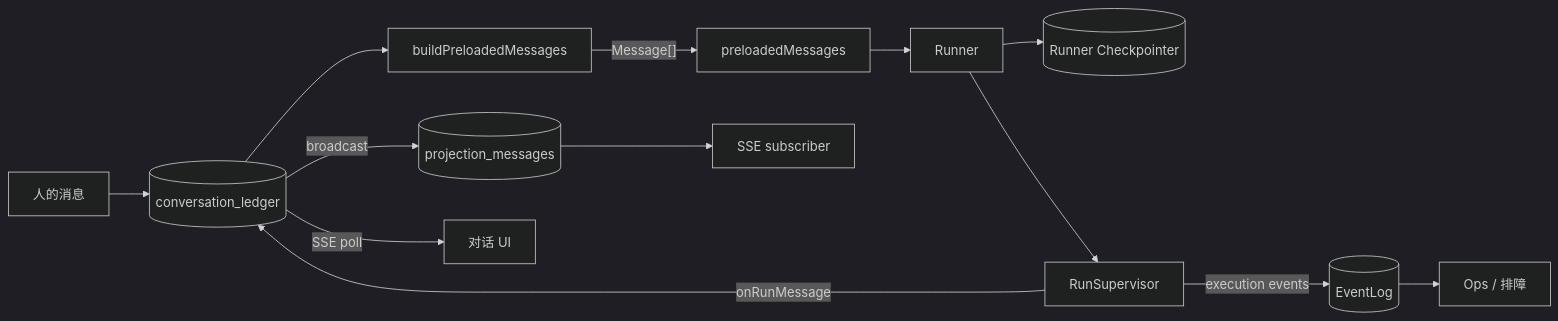
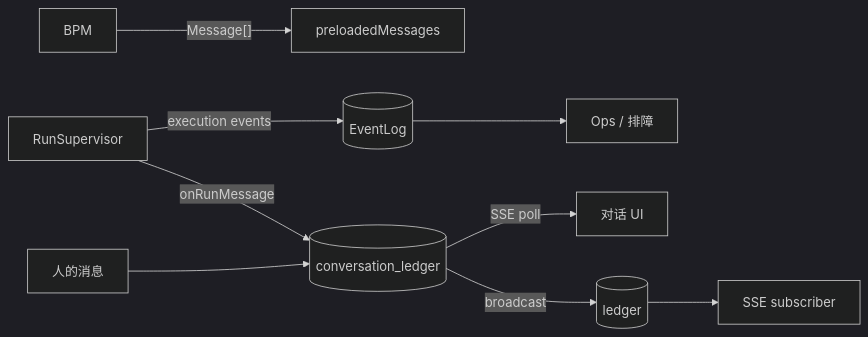
One commit to Chengchcc/my-agent-team changed the diagram in docs/architecture/foundations/facts-and-projections.md. Above: the diagram before and after it, drawn with Mermaid (dark theme). The commit also changed other lines of this file and 5 other files, not shown here.

````diff
--- a/docs/architecture/foundations/facts-and-projections.md
+++ b/docs/architecture/foundations/facts-and-projections.md
@@ -47,15 +41,11 @@
 ```mermaid
 graph LR
   Human[人的消息] --> Ledger[(conversation_ledger)]
   Sup[RunSupervisor] -->|"onRunMessage"| Ledger
-  Ledger --> BPM[buildPreloadedMessages]
   BPM -->|"Message[]"| Spec[preloadedMessages]
-  Spec --> Runner[Runner]
-  Runner --> CKPT[(Runner Checkpointer)]
-  Runner --> Sup
   Sup -->|"execution events"| EventLog[(EventLog)]
   EventLog --> OpsUI[Ops / 排障]
-  Ledger -->|"broadcast"| TP[(projection_messages)]
+  Ledger -->|"broadcast"| TP[(ledger)]
   TP --> SSE[SSE subscriber]
   Ledger -->|"SSE poll"| ConvUI[对话 UI]
 ```
````
